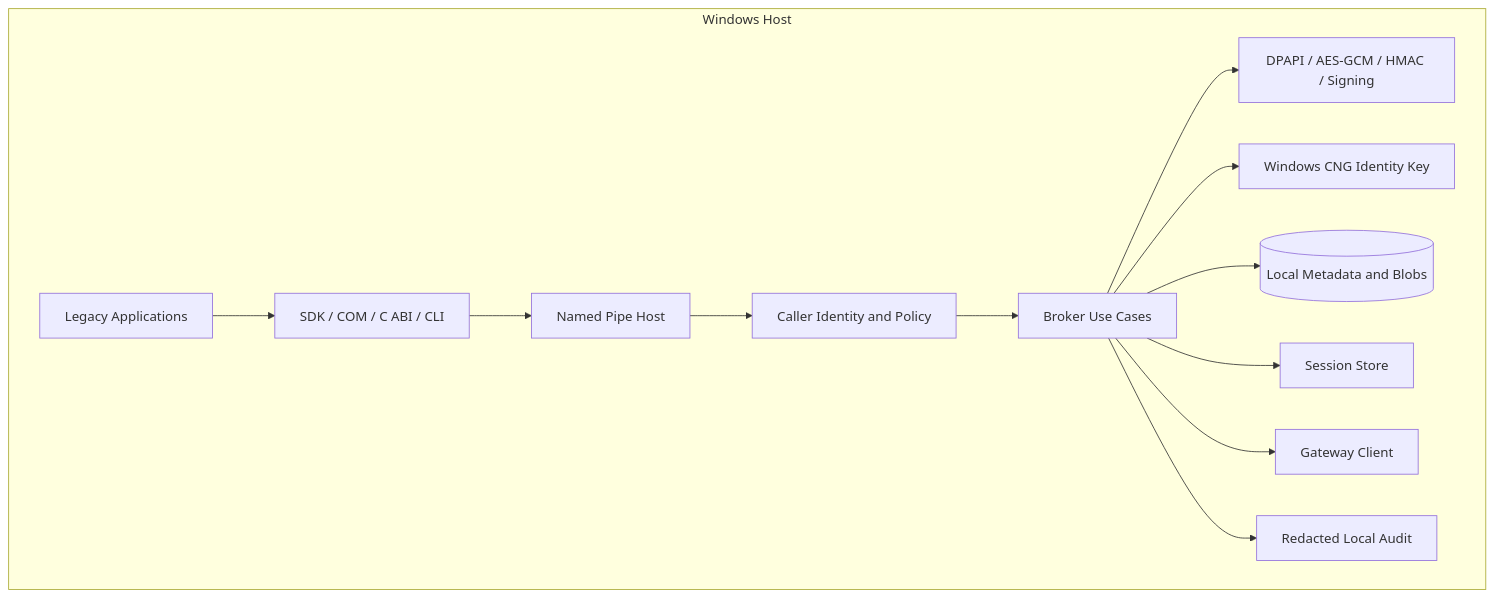
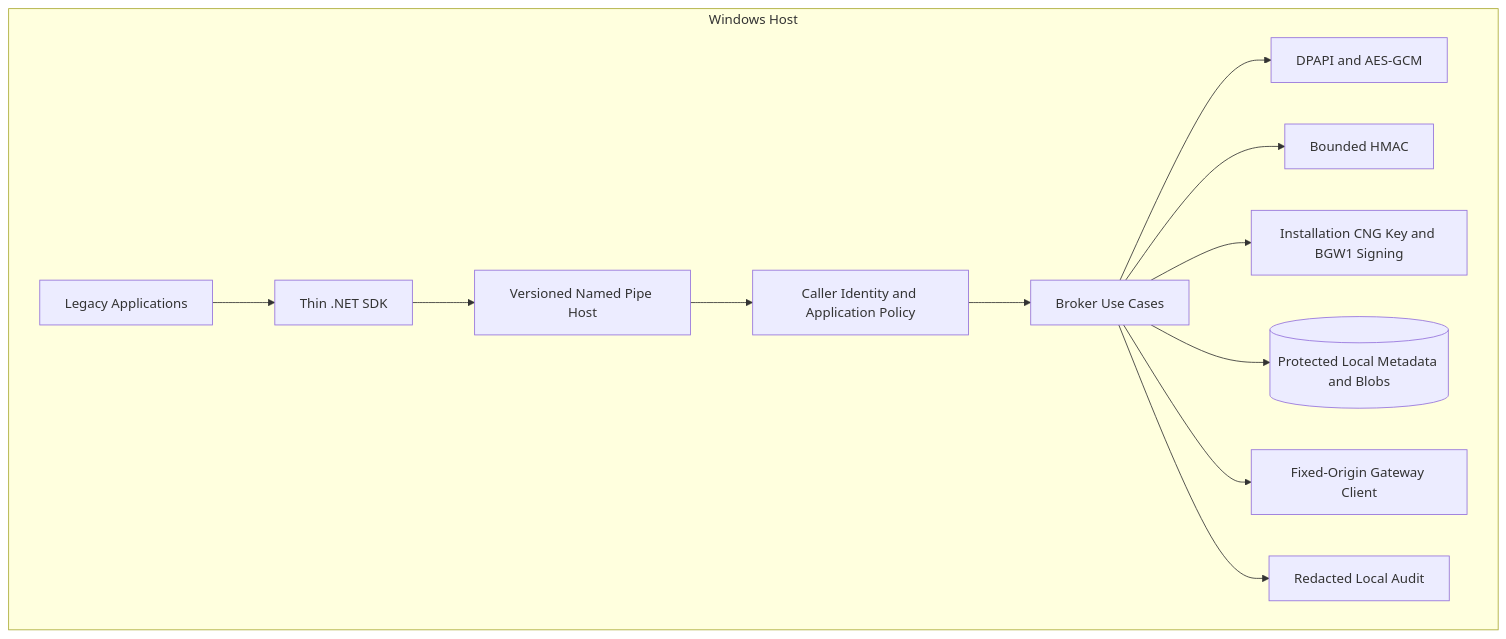
The first of 6 diagrams in docs/architecture/component-diagrams.md (marcobiz/secure-integration-platform), drawn with Mermaid before and after one commit. The commit also changed other lines of this file and 17 other files, not shown here.

Commit message:
docs(alpha): reconcile architecture security and deployment truth

````diff
--- a/docs/architecture/component-diagrams.md
+++ b/docs/architecture/component-diagrams.md
@@ -5,23 +8,23 @@
 ```mermaid
 flowchart TB
   subgraph Host[Windows Host]
     Apps[Legacy Applications]
-    SDK[SDK / COM / C ABI / CLI]
-    Pipe[Named Pipe Host]
-    Identity[Caller Identity and Policy]
+    SDK[Thin .NET SDK]
+    Pipe[Versioned Named Pipe Host]
+    Identity[Caller Identity and Application Policy]
     Core[Broker Use Cases]
-    Crypto[DPAPI / AES-GCM / HMAC / Signing]
-    CNG[Windows CNG Identity Key]
-    Store[(Local Metadata and Blobs)]
-    Sessions[Session Store]
-    GatewayClient[Gateway Client]
+    LocalCrypto[DPAPI and AES-GCM]
+    Hmac[Bounded HMAC]
+    CNG[Installation CNG Key and BGW1 Signing]
+    Store[(Protected Local Metadata and Blobs)]
+    GatewayClient[Fixed-Origin Gateway Client]
     Audit[Redacted Local Audit]
   end
   Apps --> SDK --> Pipe --> Identity --> Core
-  Core --> Crypto
+  Core --> LocalCrypto
+  Core --> Hmac
   Core --> CNG
   Core --> Store
-  Core --> Sessions
   Core --> GatewayClient
   Core --> Audit
 ```
````
